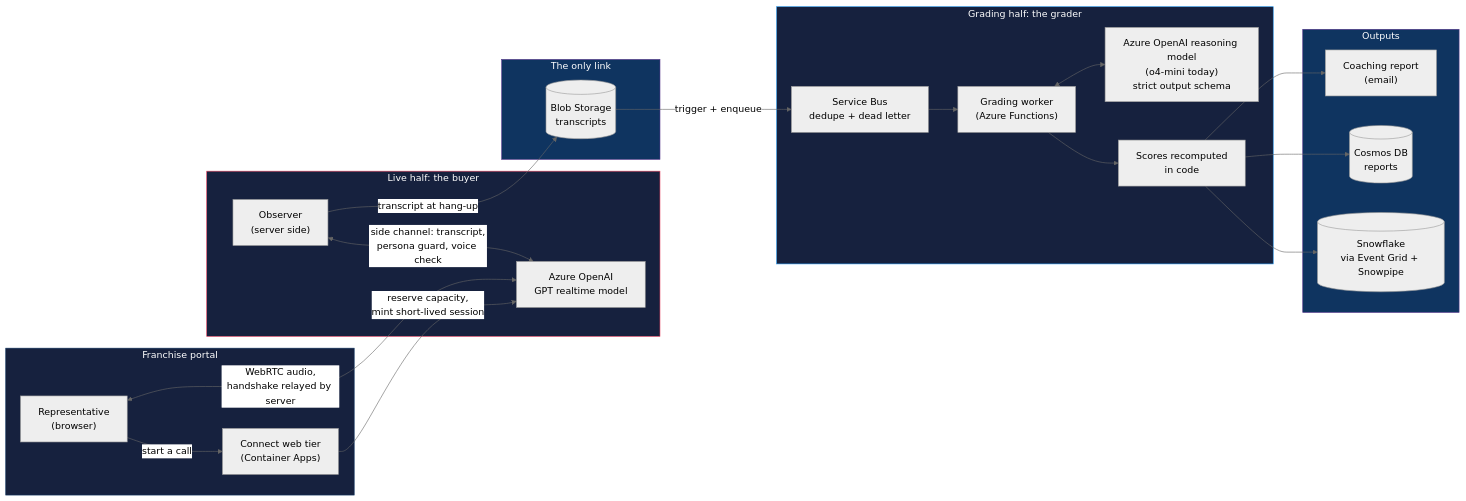
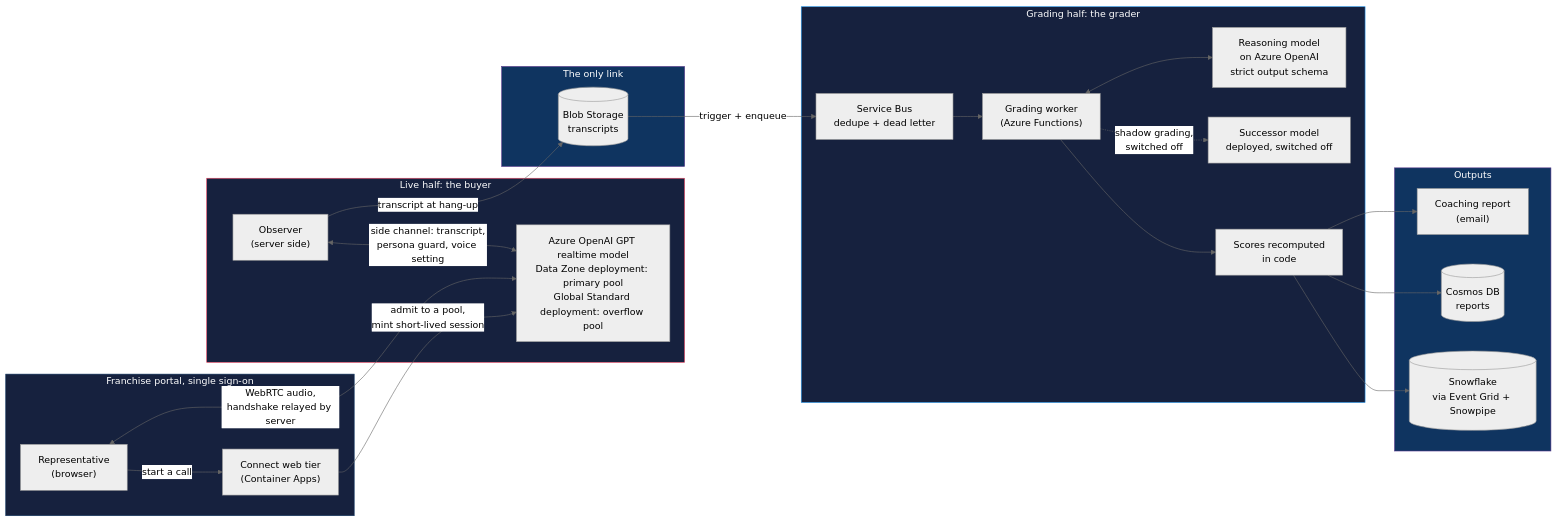
Before and after one commit to AIJSAI/connect-voice-ai-showcase: the diagram in README.md, drawn with Mermaid (neutral theme). The commit also changed other lines of this file, not shown here.

````diff
--- a/README.md
+++ b/README.md
@@ -33,48 +33,50 @@
 ```mermaid
 flowchart LR
-    subgraph Portal["Franchise portal"]
+    subgraph Portal["Franchise portal, single sign-on"]
         Rep["Representative<br/>(browser)"]
         Web["Connect web tier<br/>(Container Apps)"]
     end
 
     subgraph Live["Live half: the buyer"]
-        RT["Azure OpenAI<br/>GPT realtime model"]
+        RT["Azure OpenAI GPT realtime model<br/>Data Zone deployment: primary pool<br/>Global Standard deployment: overflow pool"]
         Obs["Observer<br/>(server side)"]
     end
 
     subgraph Store["The only link"]
         Blob[("Blob Storage<br/>transcripts")]
     end
 
     subgraph Grade["Grading half: the grader"]
         Q["Service Bus<br/>dedupe + dead letter"]
         G["Grading worker<br/>(Azure Functions)"]
-        LLM["Azure OpenAI reasoning model<br/>(o4-mini today)<br/>strict output schema"]
+        LLM["Reasoning model<br/>on Azure OpenAI<br/>strict output schema"]
+        Next["Successor model<br/>deployed, switched off"]
         Calc["Scores recomputed<br/>in code"]
     end
 
     subgraph Out["Outputs"]
         Mail["Coaching report<br/>(email)"]
         DB[("Cosmos DB<br/>reports")]
         SF[("Snowflake<br/>via Event Grid + Snowpipe")]
     end
 
     Rep -->|start a call| Web
-    Web -->|reserve capacity,<br/>mint short-lived session| RT
+    Web -->|admit to a pool,<br/>mint short-lived session| RT
     Rep <-->|WebRTC audio,<br/>handshake relayed by server| RT
-    Obs <-->|side channel: transcript,<br/>persona guard, voice check| RT
+    Obs <-->|side channel: transcript,<br/>persona guard, voice setting| RT
     Obs -->|transcript at hang-up| Blob
     Blob -->|trigger + enqueue| Q
     Q --> G
     G <--> LLM
+    G -.->|shadow grading,<br/>switched off| Next
     G --> Calc
     Calc --> Mail
     Calc --> DB
     Calc --> SF
 
     style Portal fill:#16213e,stroke:#0f3460,color:#fff
     style Live fill:#16213e,stroke:#e94560,color:#fff
     style Store fill:#0f3460,stroke:#53348a,color:#fff
     style Grade fill:#16213e,stroke:#2496ED,color:#fff
     style Out fill:#0f3460,stroke:#53348a,color:#fff
 ```
````
